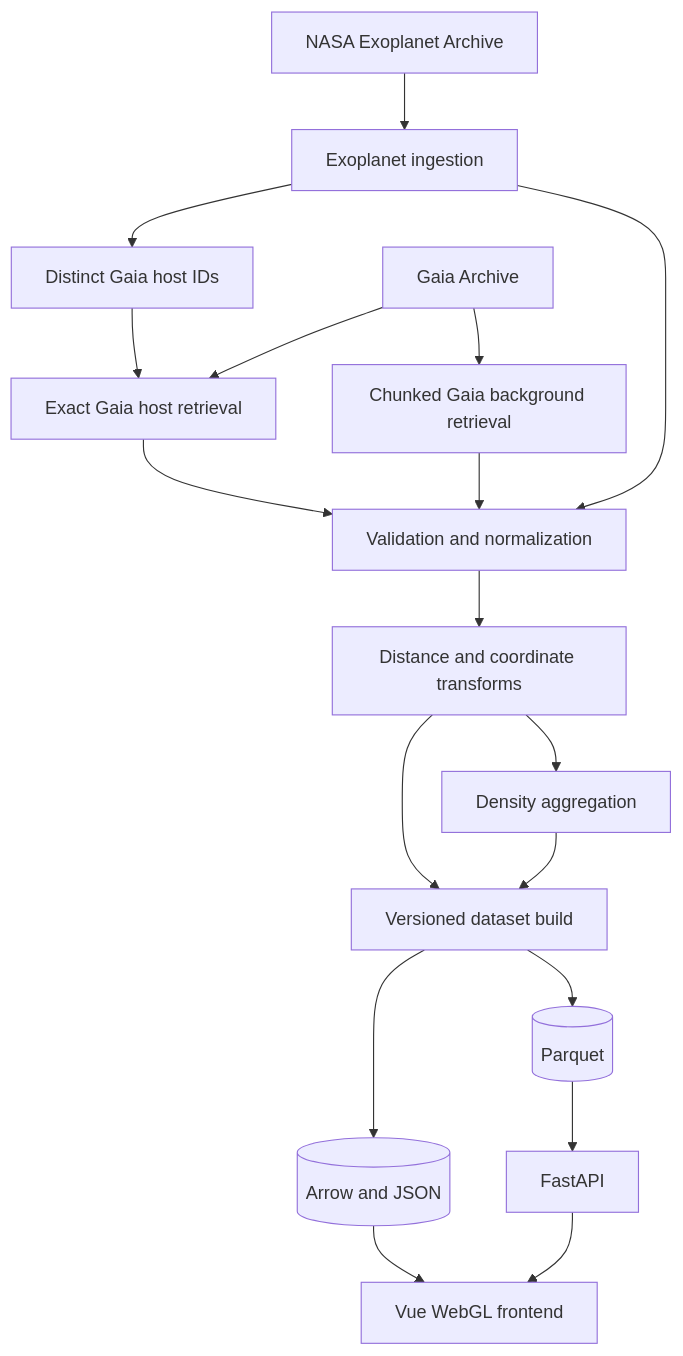
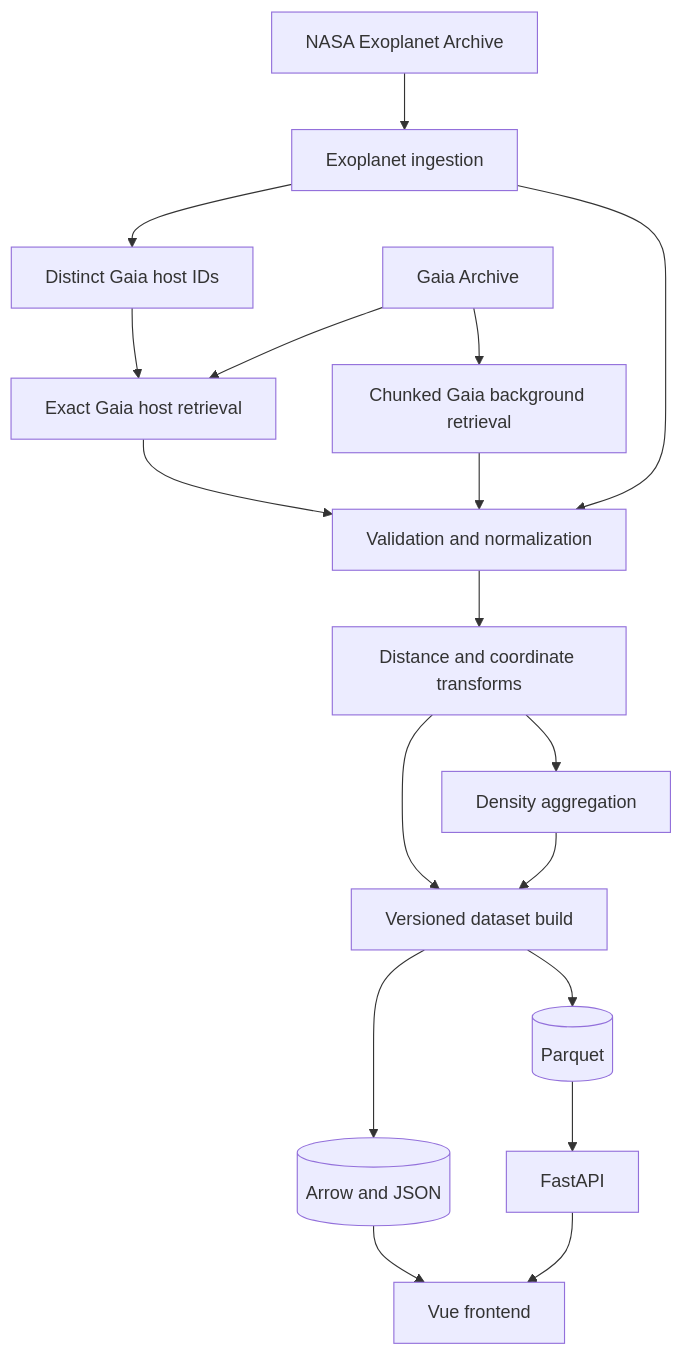
The first of 4 diagrams in docs/DATA_FLOW.md (sunvonog/milky-way-explorer), drawn with Mermaid before and after one commit. The commit also changed other lines of this file and 22 other files, not shown here.

````diff
--- a/docs/DATA_FLOW.md
+++ b/docs/DATA_FLOW.md
@@ -7,38 +7,38 @@
 ```mermaid
 flowchart TD
     NASA[NASA Exoplanet Archive]
     Gaia[Gaia Archive]
 
     ExoIngest[Exoplanet ingestion]
     HostIDs[Distinct Gaia host IDs]
     GaiaHost[Exact Gaia host retrieval]
     GaiaBackground[Chunked Gaia background retrieval]
 
     Normalize[Validation and normalization]
     Coordinates[Distance and coordinate transforms]
     Aggregate[Density aggregation]
     Build[Versioned dataset build]
 
     Static[(Arrow and JSON)]
     Parquet[(Parquet)]
     API[FastAPI]
-    Web[Vue WebGL frontend]
+    Web[Vue frontend]
 
     NASA --> ExoIngest
     ExoIngest --> HostIDs
     HostIDs --> GaiaHost
     Gaia --> GaiaHost
     Gaia --> GaiaBackground
     GaiaHost --> Normalize
     GaiaBackground --> Normalize
     ExoIngest --> Normalize
     Normalize --> Coordinates
     Coordinates --> Aggregate
     Coordinates --> Build
     Aggregate --> Build
     Build --> Static
     Build --> Parquet
     Static --> Web
     Parquet --> API
     API --> Web
 ```
````
